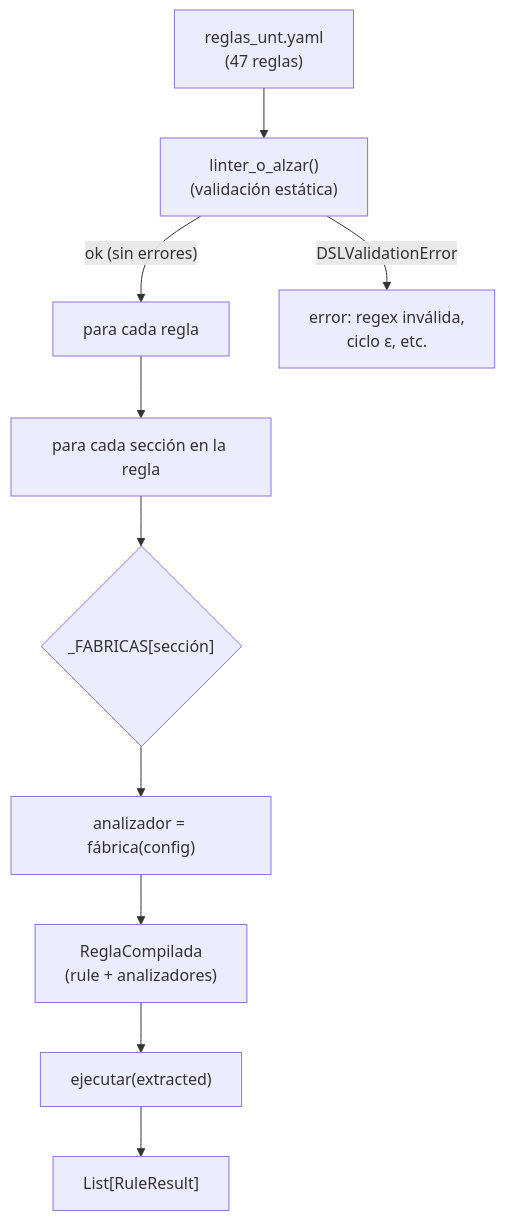
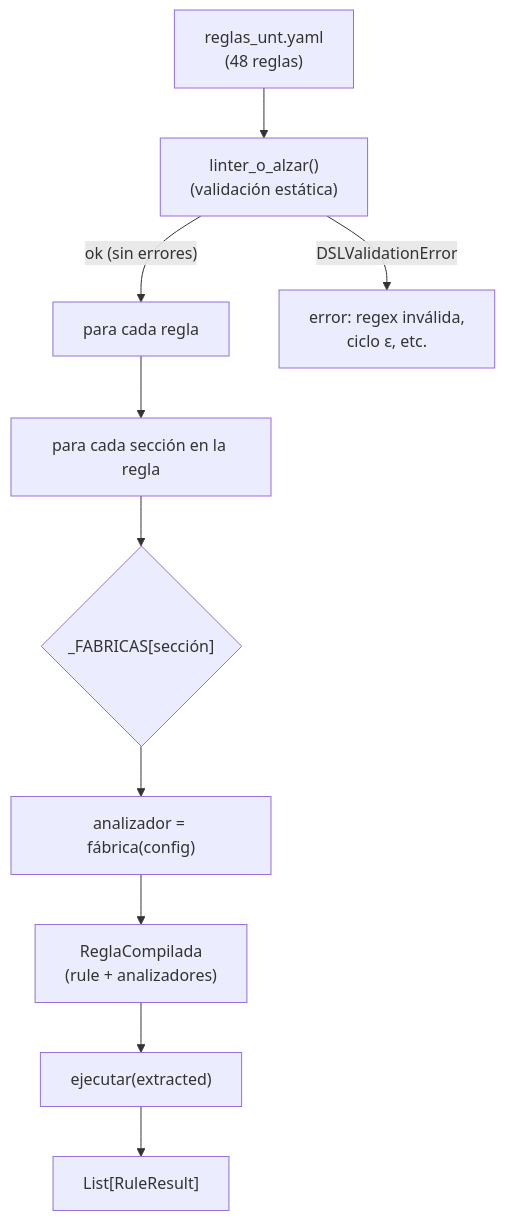
Before and after one commit to IvanSanchezSil/vistobueno: the first of 4 diagrams in docs/diseno/05_compilador_linter.md, drawn with Mermaid. The commit also changed 16 other files, not shown here.

````diff
--- a/docs/diseno/05_compilador_linter.md
+++ b/docs/diseno/05_compilador_linter.md
@@ -14,12 +14,12 @@
 ```mermaid
 flowchart TD
-    YAML["reglas_unt.yaml<br/>(47 reglas)"] --> LINT["linter_o_alzar()<br/>(validación estática)"]
+    YAML["reglas_unt.yaml<br/>(48 reglas)"] --> LINT["linter_o_alzar()<br/>(validación estática)"]
     LINT -- "ok (sin errores)" --> LOOP["para cada regla"]
     LINT -- "DSLValidationError" --> F["error: regex inválida,<br/>ciclo ε, etc."]
     LOOP --> SECC["para cada sección en la regla"]
     SECC --> FAB{"_FABRICAS[sección]"}
     FAB --> AN["analizador = fábrica(config)"]
     AN --> RC["ReglaCompilada<br/>(rule + analizadores)"]
     RC --> RUN["ejecutar(extracted)"]
     RUN --> RR["List[RuleResult]"]
 ```
````
